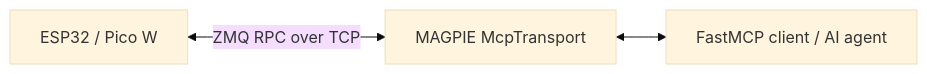
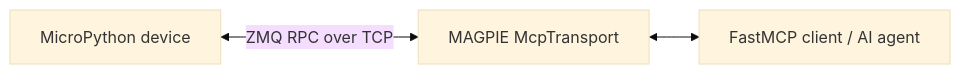
The diagram in docs/examples/micropython.mdx (luxai-qtrobot/magpie-doc), drawn with Mermaid (base theme) before and after one commit. The commit also changed other lines of this file and 14 other files, not shown here.

````diff
--- a/docs/examples/micropython.mdx
+++ b/docs/examples/micropython.mdx
@@ -101,5 +118,5 @@
 ```mermaid
 flowchart LR
-    D[ESP32 / Pico W] <-->|ZMQ RPC over TCP| M[MAGPIE McpTransport]
+    D[MicroPython device] <-->|ZMQ RPC over TCP| M[MAGPIE McpTransport]
     M <--> A[FastMCP client / AI agent]
 ```
````
